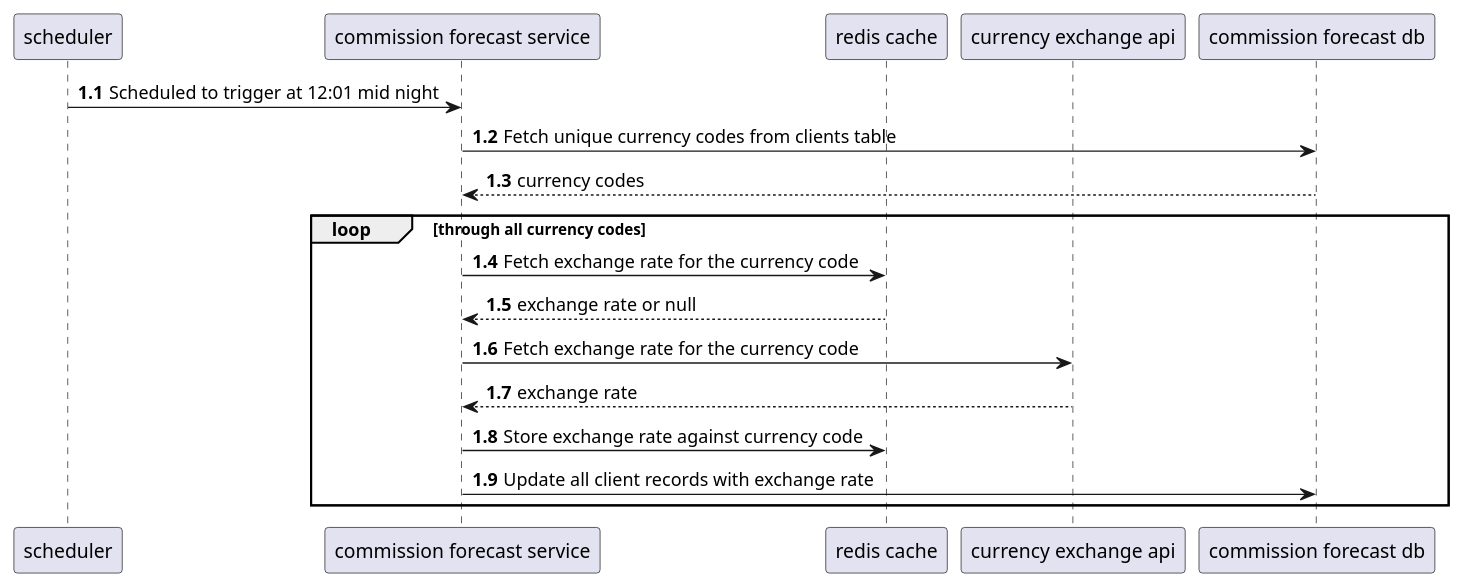
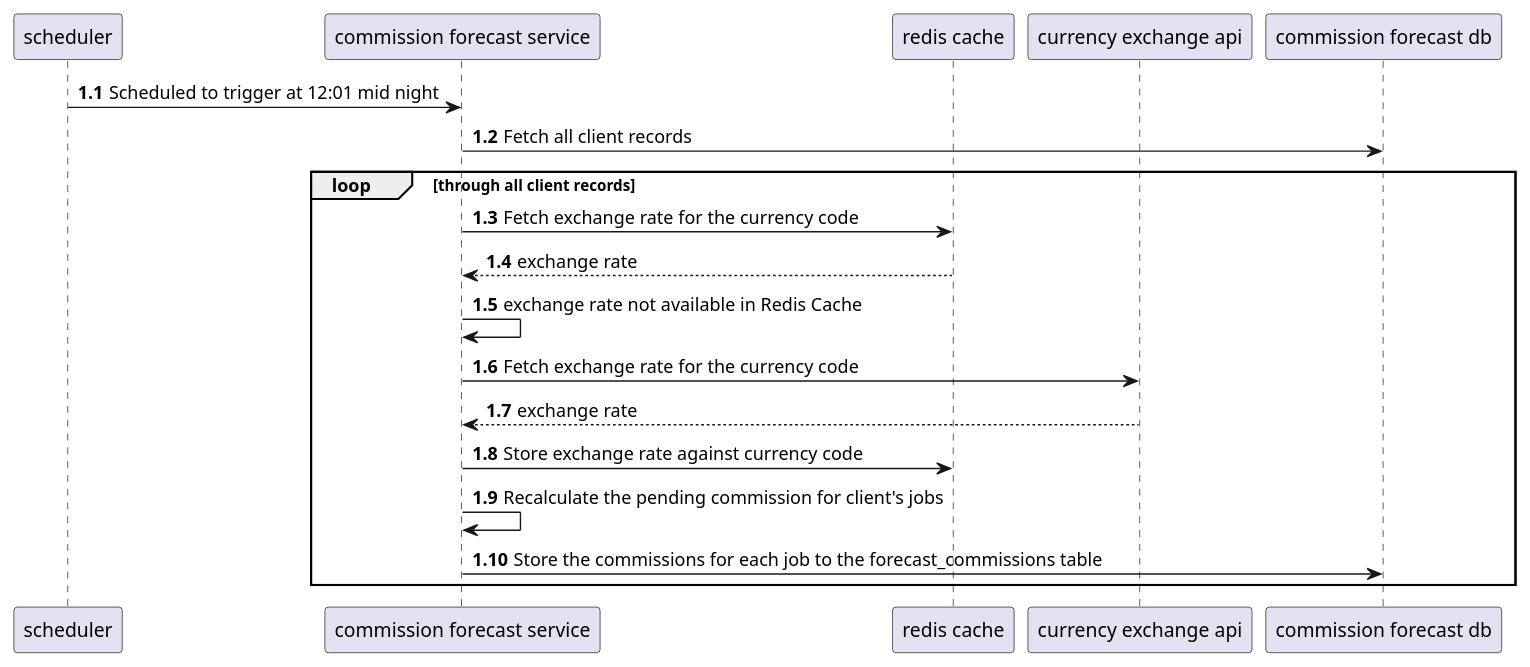
One commit to pragashonlink/job-portal changed the diagram in forecast/forecast_commission_report_scheduler.plantuml. Above: the diagram before and after it, drawn with PlantUML. The commit also changed 3 other files, not shown here.

```diff
--- a/forecast/forecast_commission_report_scheduler.plantuml
+++ b/forecast/forecast_commission_report_scheduler.plantuml
@@ -1,24 +1,24 @@
 @startuml
 'https://plantuml.com/sequence-diagram
 
 autonumber 1.1
 
 participant scheduler
 participant "commission forecast service" as CFS
 participant "redis cache" as RC
 participant "currency exchange api" as CEA
 participant "commission forecast db" as CFDB
 
 scheduler -> CFS: Scheduled to trigger at 12:01 mid night
-CFS -> CFDB: Fetch unique currency codes from clients table
-    return currency codes
-    loop through all currency codes
+CFS -> CFDB: Fetch all client records
+    loop through all client records
         CFS -> RC: Fetch exchange rate for the currency code
-            return exchange rate or null
-        CFS -> CEA: Fetch exchange rate for the currency code
+            return exchange rate
+        CFS -> CFS: exchange rate not available in Redis Cache
+        CFS -> CEA: Fetch exchange rate for the currency code 
             return exchange rate
         CFS -> RC: Store exchange rate against currency code
-        CFS -> CFDB: Update all client records with exchange rate
+        CFS -> CFS: Recalculate the pending commission for client's jobs
+        CFS -> CFDB: Store the commissions for each job to the forecast_commissions table
     end
-
 @enduml
```
